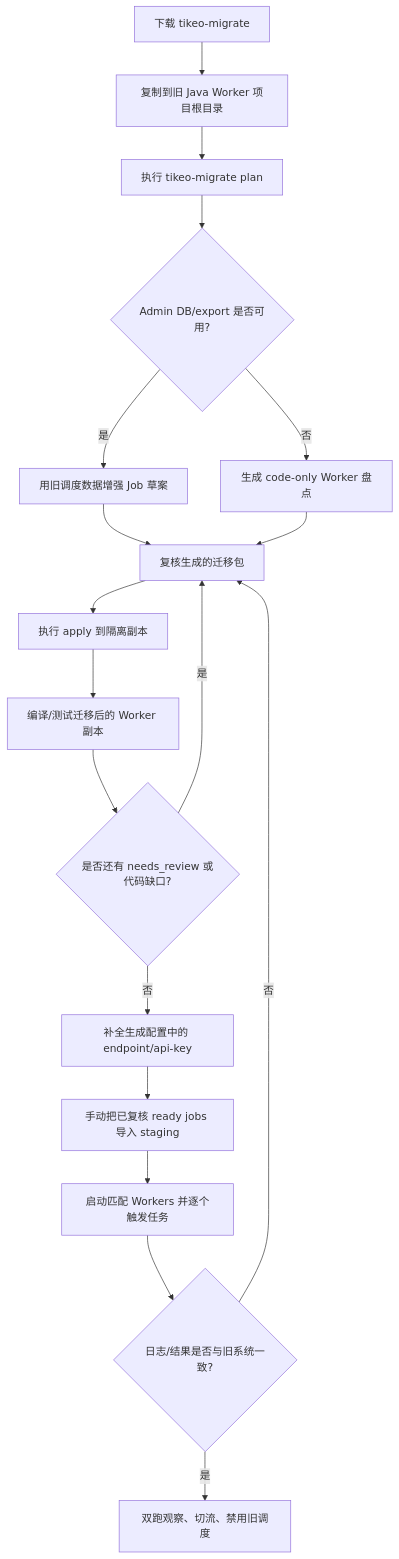
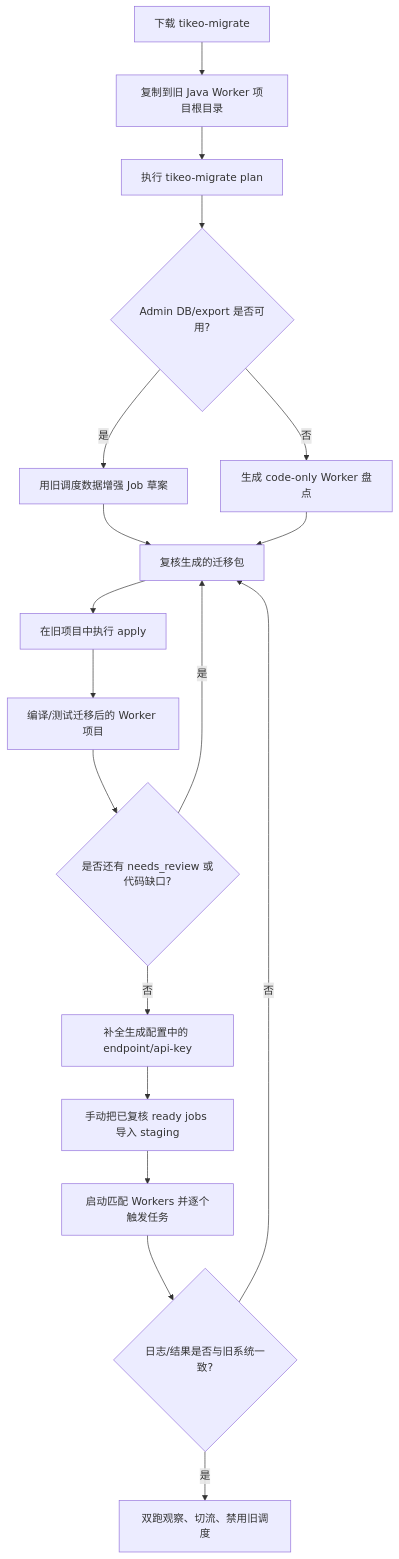
One commit to yhyzgn/tikeo changed the diagram in README.zh-CN.md. Above: the diagram before and after it, drawn with Mermaid. The commit also changed other lines of this file and 16 other files, not shown here.

````diff
--- a/README.zh-CN.md
+++ b/README.zh-CN.md
@@ -252,20 +252,20 @@
 ```mermaid
 flowchart TD
   A[下载 tikeo-migrate] --> B[复制到旧 Java Worker 项目根目录]
   B --> C[执行 tikeo-migrate plan]
   C --> D{Admin DB/export 是否可用?}
   D -- 是 --> E[用旧调度数据增强 Job 草案]
   D -- 否 --> F[生成 code-only Worker 盘点]
   E --> G[复核生成的迁移包]
   F --> G
-  G --> H[执行 apply 到隔离副本]
-  H --> I[编译/测试迁移后的 Worker 副本]
+  G --> H[在旧项目中执行 apply]
+  H --> I[编译/测试迁移后的 Worker 项目]
   I --> J{是否还有 needs_review 或代码缺口?}
   J -- 是 --> G
   J -- 否 --> K[补全生成配置中的 endpoint/api-key]
   K --> L[手动把已复核 ready jobs 导入 staging]
   L --> M[启动匹配 Workers 并逐个触发任务]
   M --> N{日志/结果是否与旧系统一致?}
   N -- 否 --> G
   N -- 是 --> O[双跑观察、切流、禁用旧调度]
 ```
````
